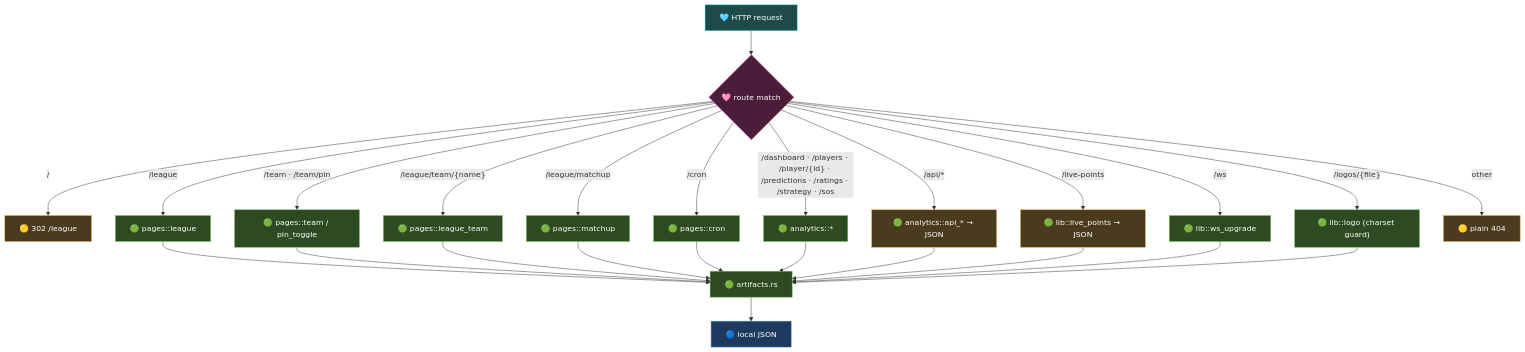
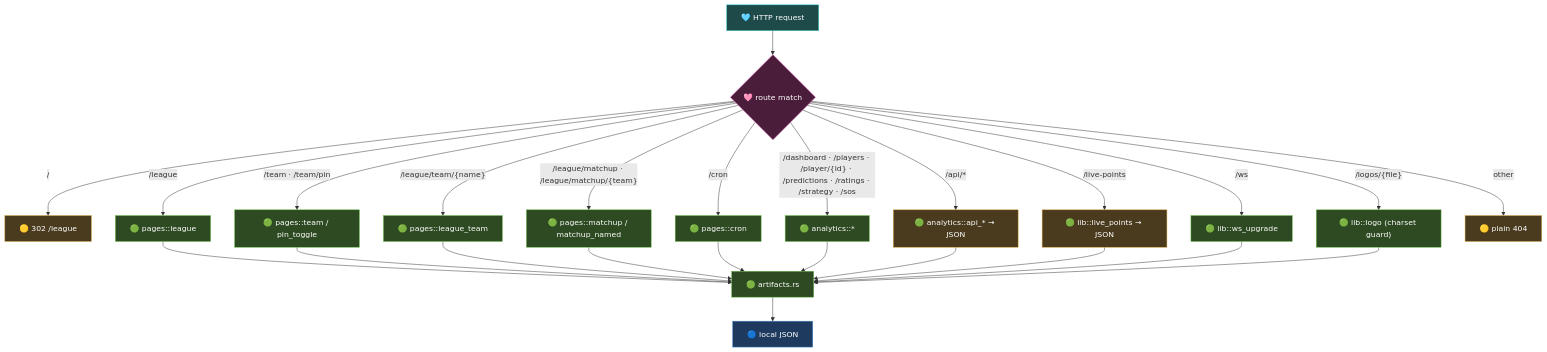
Before and after one commit to m0n3r0/nfl: the third of 8 diagrams in docs/RUST_WEB_ARCHITECTURE.md, drawn with Mermaid. The commit also changed other lines of this file and 9 other files, not shown here.

````diff
--- a/docs/RUST_WEB_ARCHITECTURE.md
+++ b/docs/RUST_WEB_ARCHITECTURE.md
@@ -85,28 +85,28 @@
 ```mermaid
 flowchart TD
     REQ["🩵 HTTP request"] --> R{"🩷 route match"}
     R -->|/| REDIR["🟡 302 /league"]
     R -->|/league| LG["🟢 pages::league"]
     R -->|/team · /team/pin| TM["🟢 pages::team / pin_toggle"]
     R -->|"/league/team/{name}"| LT["🟢 pages::league_team"]
-    R -->|/league/matchup| TV["🟢 pages::matchup"]
+    R -->|"/league/matchup · /league/matchup/{team}"| TV["🟢 pages::matchup / matchup_named"]
     R -->|/cron| CR["🟢 pages::cron"]
     R -->|"/dashboard · /players · /player/{id} · /predictions · /ratings · /strategy · /sos"| AN["🟢 analytics::*"]
     R -->|/api/*| API["🟢 analytics::api_* → JSON"]
     R -->|/live-points| LP["🟢 lib::live_points → JSON"]
     R -->|/ws| WS["🟢 lib::ws_upgrade"]
     R -->|"/logos/{file}"| LO["🟢 lib::logo (charset guard)"]
     R -->|other| NF["🟡 plain 404"]
     LG & TM & LT & TV & CR & AN & API & LP & WS & LO --> ART["🟢 artifacts.rs"]
     ART --> DISK["🔵 local JSON"]
     classDef entry fill:#1e4a4a,stroke:#41d9d9,color:#fff
     classDef fn fill:#2d4a22,stroke:#6abf4b,color:#fff
     classDef in fill:#1e3a5f,stroke:#4a90d9,color:#fff
     classDef out fill:#4a3b1e,stroke:#d9a441,color:#fff
     classDef guard fill:#4a1e3b,stroke:#d941a4,color:#fff
     class REQ entry
     class LG,TM,LT,TV,CR,AN,API,LP,WS,LO,ART fn
     class DISK in
     class REDIR,NF,API,LP out
     class R guard
 ```
````
